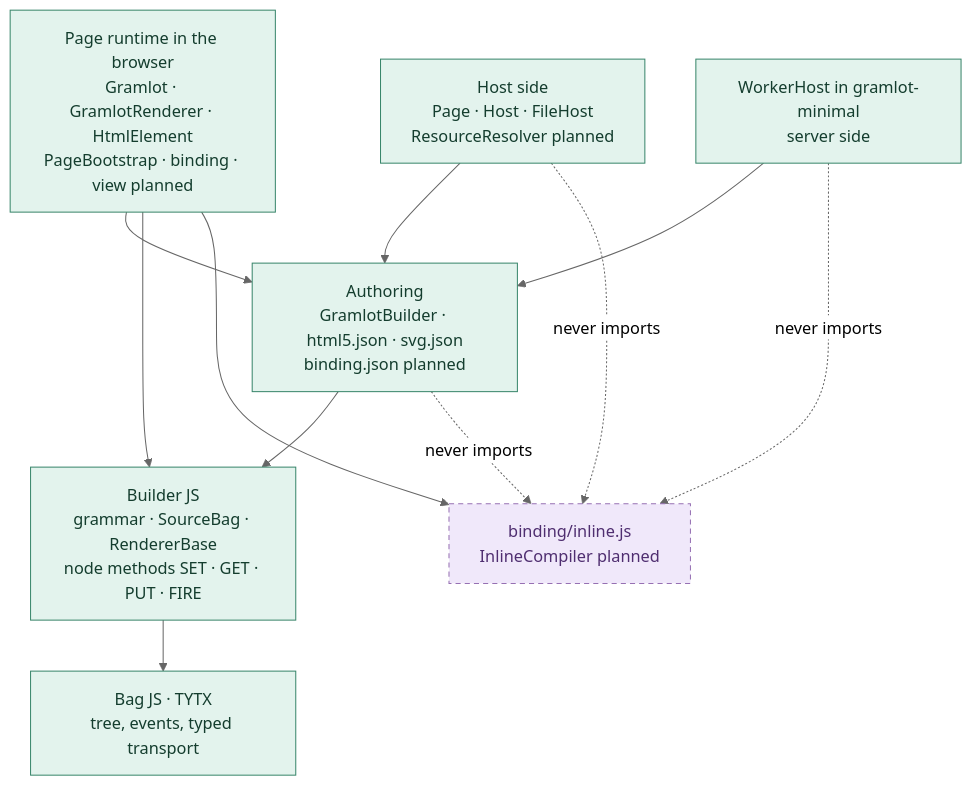
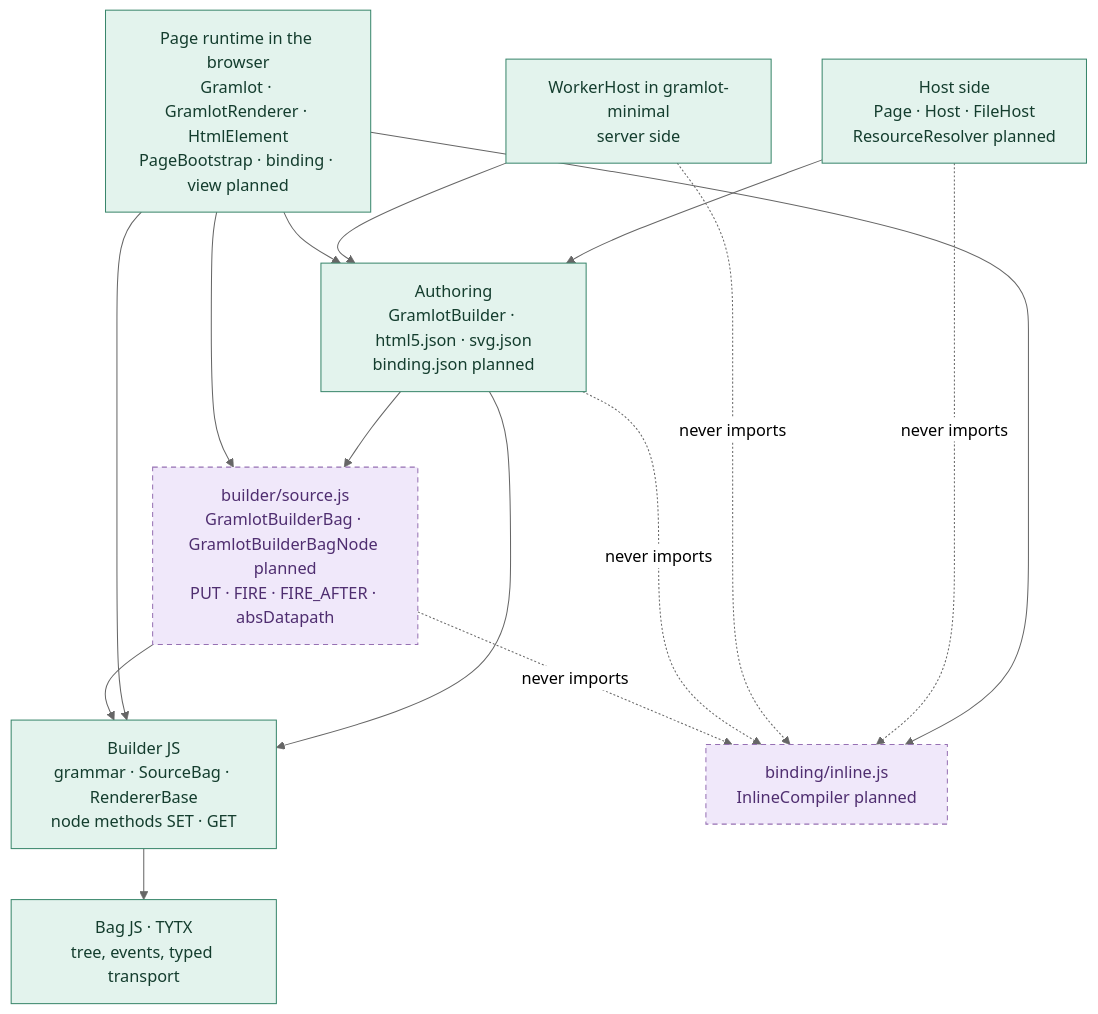
One commit to gramlot-org/gramlot changed the diagram in docs/internal/087-javascript-layer-boundaries.md. Above: the diagram before and after it, drawn with Mermaid (neutral theme). The commit also changed other lines of this file and 11 other files, not shown here.

Commit message:
docs: align internal architecture with Gramlot source classes

````diff
--- a/docs/internal/087-javascript-layer-boundaries.md
+++ b/docs/internal/087-javascript-layer-boundaries.md
@@ -454,24 +461,29 @@
 ```mermaid
 flowchart TB
     BAG["Bag JS · TYTX<br/>tree, events, typed transport"]
-    BLD["Builder JS<br/>grammar · SourceBag · RendererBase<br/>node methods SET · GET · PUT · FIRE"]
+    BLD["Builder JS<br/>grammar · SourceBag · RendererBase<br/>node methods SET · GET"]
+    SRC["builder/source.js<br/>GramlotBuilderBag · GramlotBuilderBagNode planned<br/>PUT · FIRE · FIRE_AFTER · absDatapath"]
     AUTH["Authoring<br/>GramlotBuilder · html5.json · svg.json<br/>binding.json planned"]
     HOST["Host side<br/>Page · Host · FileHost<br/>ResourceResolver planned"]
     WH["WorkerHost in gramlot-minimal<br/>server side"]
     PAGE["Page runtime in the browser<br/>Gramlot · GramlotRenderer · HtmlElement<br/>PageBootstrap · binding · view planned"]
     INL["binding/inline.js<br/>InlineCompiler planned"]
     BLD --> BAG
     AUTH --> BLD
     HOST --> AUTH
     WH --> AUTH
     PAGE --> AUTH
     PAGE --> BLD
     PAGE --> INL
+    SRC --> BLD
+    AUTH --> SRC
+    PAGE --> SRC
     HOST -. never imports .-> INL
     WH -. never imports .-> INL
     AUTH -. never imports .-> INL
+    SRC -. never imports .-> INL
     classDef current fill:#e3f3ed,color:#143d2e,stroke:#39866b;
     classDef planned fill:#f0e8fa,color:#4f2e70,stroke:#9670b3,stroke-dasharray:5 4;
     class BAG,BLD,AUTH,HOST,WH,PAGE current;
-    class INL planned;
+    class INL,SRC planned;
 ```
````
